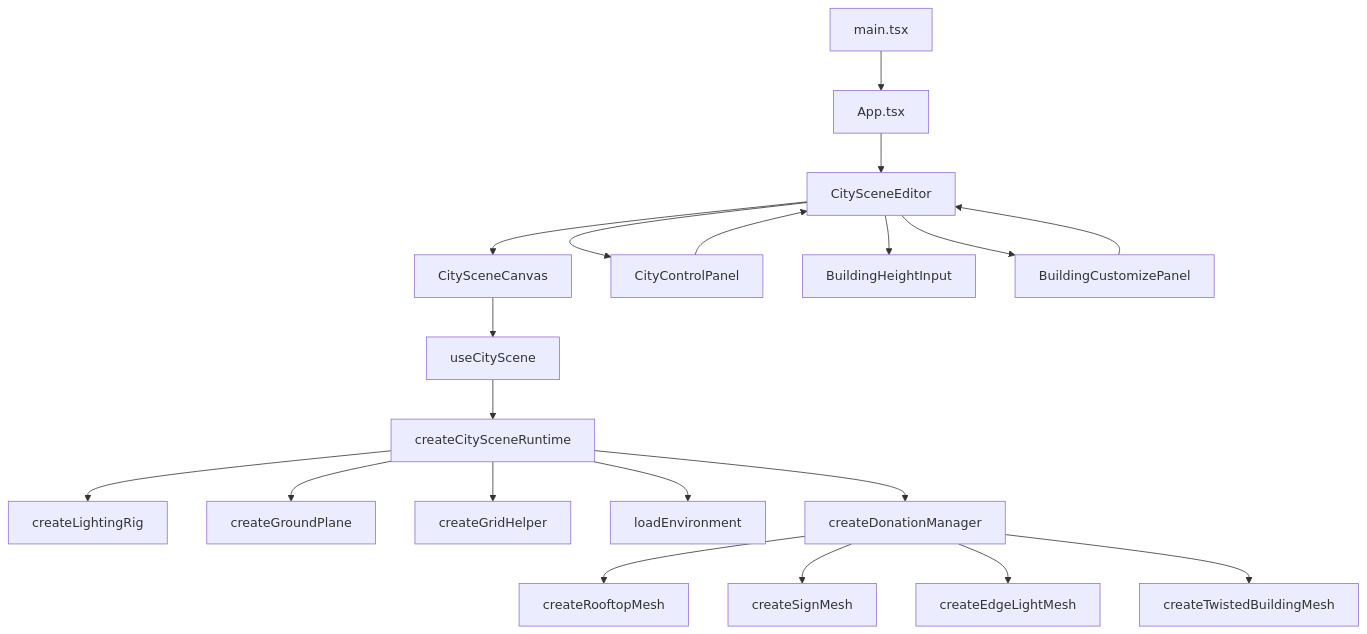
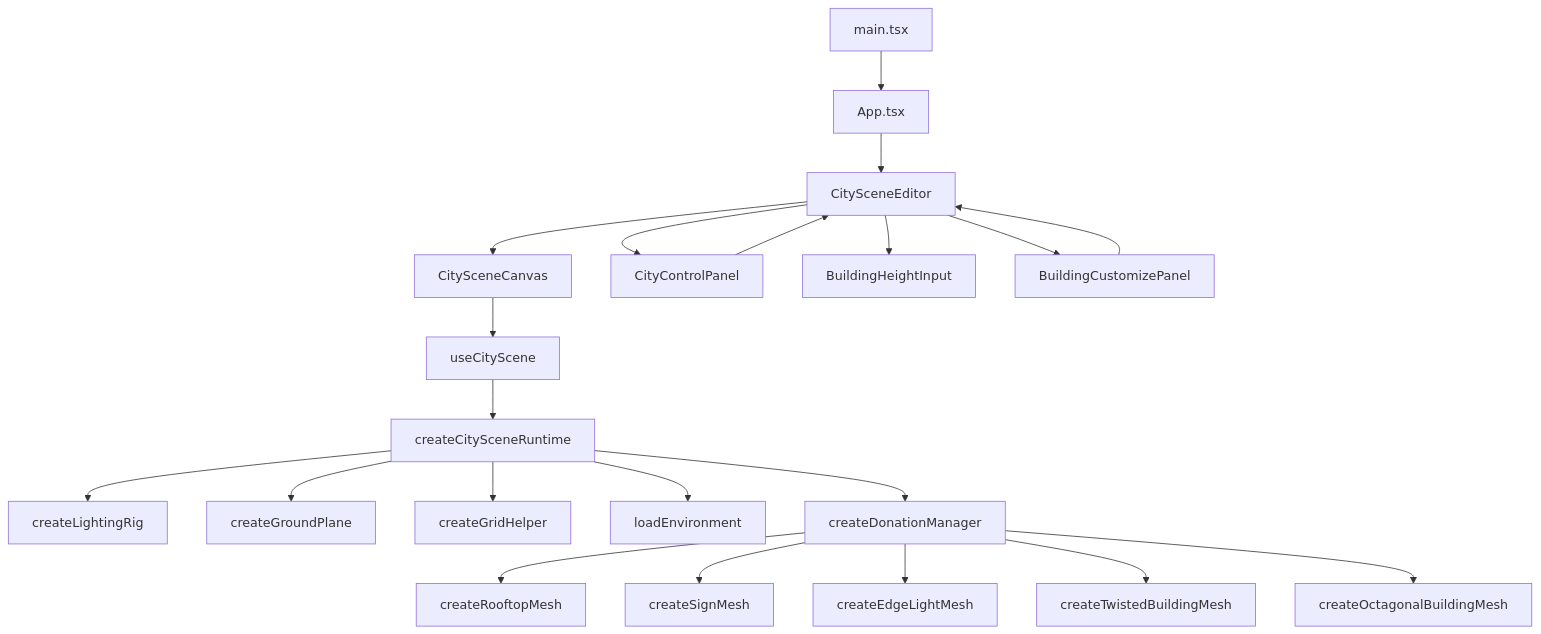
Before and after one commit to RaeII/pixcity: the first of 2 diagrams in doc-pixcity/index.md, drawn with Mermaid. The commit also changed other lines of this file and 10 other files, not shown here.

````diff
--- a/doc-pixcity/index.md
+++ b/doc-pixcity/index.md
@@ -158,22 +159,23 @@
 ```mermaid
 flowchart TD
     A[main.tsx] --> B[App.tsx]
     B --> C[CitySceneEditor]
     C --> D[CitySceneCanvas]
     C --> E[CityControlPanel]
     C --> F[BuildingHeightInput]
     C --> P[BuildingCustomizePanel]
     D --> G[useCityScene]
     G --> H[createCitySceneRuntime]
     H --> I[createLightingRig]
     H --> J[createGroundPlane]
     H --> K[createGridHelper]
     H --> L[loadEnvironment]
     H --> M[createDonationManager]
     M --> N[createRooftopMesh]
     M --> O[createSignMesh]
     M --> Q[createEdgeLightMesh]
     M --> T[createTwistedBuildingMesh]
+    M --> U[createOctagonalBuildingMesh]
     E --> C
     P --> C
 ```
````
